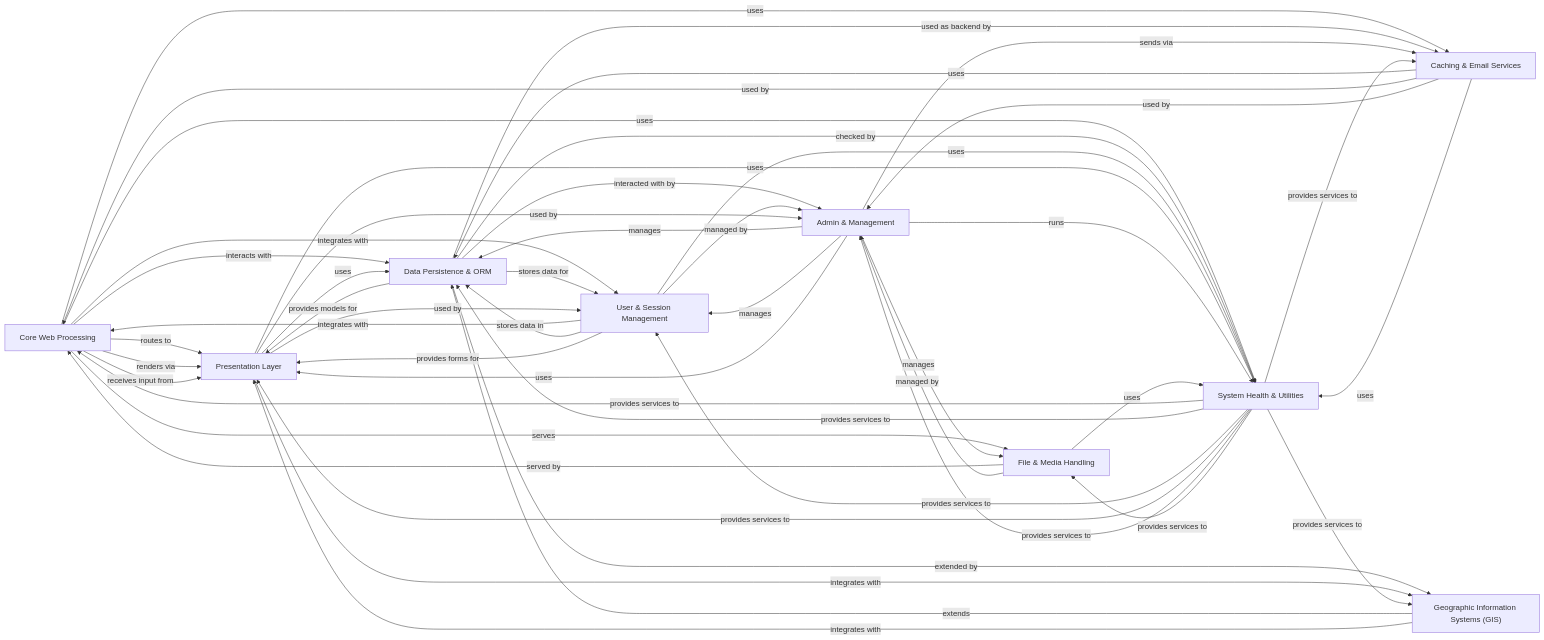
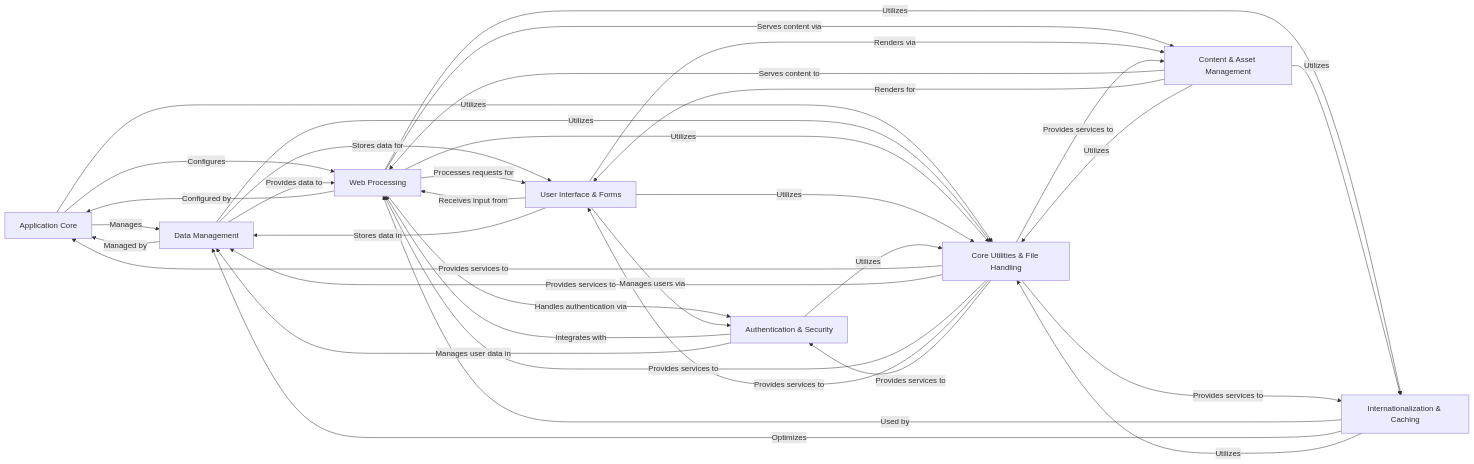
One commit to CodeBoarding/GeneratedOnBoardings changed the diagram in django/on_boarding.md. Above: the diagram before and after it, drawn with Mermaid. The commit also changed other lines of this file and 17 other files, not shown here.

````diff
--- a/django/on_boarding.md
+++ b/django/on_boarding.md
@@ -1,68 +1,54 @@
 ```mermaid
 graph LR
-    Core_Web_Processing["Core Web Processing"]
-    Data_Persistence_ORM["Data Persistence & ORM"]
-    User_Session_Management["User & Session Management"]
-    Presentation_Layer["Presentation Layer"]
-    Admin_Management["Admin & Management"]
-    File_Media_Handling["File & Media Handling"]
-    Caching_Email_Services["Caching & Email Services"]
-    System_Health_Utilities["System Health & Utilities"]
-    Geographic_Information_Systems_GIS_["Geographic Information Systems (GIS)"]
-    Core_Web_Processing -- "routes to" --> Presentation_Layer
-    Core_Web_Processing -- "interacts with" --> Data_Persistence_ORM
-    Core_Web_Processing -- "integrates with" --> User_Session_Management
-    Core_Web_Processing -- "serves" --> File_Media_Handling
-    Core_Web_Processing -- "uses" --> System_Health_Utilities
-    Core_Web_Processing -- "uses" --> Caching_Email_Services
-    Core_Web_Processing -- "renders via" --> Presentation_Layer
-    Core_Web_Processing -- "receives input from" --> Presentation_Layer
-    Data_Persistence_ORM -- "stores data for" --> User_Session_Management
-    Data_Persistence_ORM -- "used as backend by" --> Caching_Email_Services
-    Data_Persistence_ORM -- "extended by" --> Geographic_Information_Systems_GIS_
-    Data_Persistence_ORM -- "interacted with by" --> Admin_Management
-    Data_Persistence_ORM -- "provides models for" --> Presentation_Layer
-    Data_Persistence_ORM -- "checked by" --> System_Health_Utilities
-    User_Session_Management -- "integrates with" --> Core_Web_Processing
-    User_Session_Management -- "stores data in" --> Data_Persistence_ORM
-    User_Session_Management -- "provides forms for" --> Presentation_Layer
-    User_Session_Management -- "managed by" --> Admin_Management
-    User_Session_Management -- "uses" --> System_Health_Utilities
-    Presentation_Layer -- "uses" --> Data_Persistence_ORM
-    Presentation_Layer -- "used by" --> Admin_Management
-    Presentation_Layer -- "used by" --> User_Session_Management
-    Presentation_Layer -- "integrates with" --> Geographic_Information_Systems_GIS_
-    Presentation_Layer -- "uses" --> System_Health_Utilities
-    Admin_Management -- "manages" --> Data_Persistence_ORM
-    Admin_Management -- "manages" --> User_Session_Management
-    Admin_Management -- "uses" --> Presentation_Layer
-    Admin_Management -- "manages" --> File_Media_Handling
-    Admin_Management -- "sends via" --> Caching_Email_Services
-    Admin_Management -- "runs" --> System_Health_Utilities
-    File_Media_Handling -- "served by" --> Core_Web_Processing
-    File_Media_Handling -- "managed by" --> Admin_Management
-    File_Media_Handling -- "uses" --> System_Health_Utilities
-    Caching_Email_Services -- "uses" --> Data_Persistence_ORM
-    Caching_Email_Services -- "used by" --> Core_Web_Processing
-    Caching_Email_Services -- "used by" --> Admin_Management
-    Caching_Email_Services -- "uses" --> System_Health_Utilities
-    System_Health_Utilities -- "provides services to" --> Core_Web_Processing
-    System_Health_Utilities -- "provides services to" --> Data_Persistence_ORM
-    System_Health_Utilities -- "provides services to" --> User_Session_Management
-    System_Health_Utilities -- "provides services to" --> Presentation_Layer
-    System_Health_Utilities -- "provides services to" --> Admin_Management
-    System_Health_Utilities -- "provides services to" --> File_Media_Handling
-    System_Health_Utilities -- "provides services to" --> Caching_Email_Services
-    System_Health_Utilities -- "provides services to" --> Geographic_Information_Systems_GIS_
-    Geographic_Information_Systems_GIS_ -- "extends" --> Data_Persistence_ORM
-    Geographic_Information_Systems_GIS_ -- "integrates with" --> Presentation_Layer
-    click Core_Web_Processing href "https://github.com/CodeBoarding/GeneratedOnBoardings/blob/main/django/Core Web Processing.md" "Details"
-    click Data_Persistence_ORM href "https://github.com/CodeBoarding/GeneratedOnBoardings/blob/main/django/Data Persistence & ORM.md" "Details"
-    click User_Session_Management href "https://github.com/CodeBoarding/GeneratedOnBoardings/blob/main/django/User & Session Management.md" "Details"
-    click Presentation_Layer href "https://github.com/CodeBoarding/GeneratedOnBoardings/blob/main/django/Presentation Layer.md" "Details"
-    click Admin_Management href "https://github.com/CodeBoarding/GeneratedOnBoardings/blob/main/django/Admin & Management.md" "Details"
-    click File_Media_Handling href "https://github.com/CodeBoarding/GeneratedOnBoardings/blob/main/django/File & Media Handling.md" "Details"
-    click Caching_Email_Services href "https://github.com/CodeBoarding/GeneratedOnBoardings/blob/main/django/Caching & Email Services.md" "Details"
-    click System_Health_Utilities href "https://github.com/CodeBoarding/GeneratedOnBoardings/blob/main/django/System Health & Utilities.md" "Details"
-    click Geographic_Information_Systems_GIS_ href "https://github.com/CodeBoarding/GeneratedOnBoardings/blob/main/django/Geographic Information Systems (GIS).md" "Details"
+    Application_Core["Application Core"]
+    Data_Management["Data Management"]
+    Web_Processing["Web Processing"]
+    User_Interface_Forms["User Interface & Forms"]
+    Authentication_Security["Authentication & Security"]
+    Content_Asset_Management["Content & Asset Management"]
+    Internationalization_Caching["Internationalization & Caching"]
+    Core_Utilities_File_Handling["Core Utilities & File Handling"]
+    Application_Core -- "Manages" --> Data_Management
+    Application_Core -- "Configures" --> Web_Processing
+    Application_Core -- "Utilizes" --> Core_Utilities_File_Handling
+    Data_Management -- "Managed by" --> Application_Core
+    Data_Management -- "Provides data to" --> Web_Processing
+    Data_Management -- "Stores data for" --> User_Interface_Forms
+    Data_Management -- "Utilizes" --> Core_Utilities_File_Handling
+    Web_Processing -- "Configured by" --> Application_Core
+    Web_Processing -- "Processes requests for" --> User_Interface_Forms
+    Web_Processing -- "Handles authentication via" --> Authentication_Security
+    Web_Processing -- "Serves content via" --> Content_Asset_Management
+    Web_Processing -- "Utilizes" --> Internationalization_Caching
+    Web_Processing -- "Utilizes" --> Core_Utilities_File_Handling
+    User_Interface_Forms -- "Receives input from" --> Web_Processing
+    User_Interface_Forms -- "Stores data in" --> Data_Management
+    User_Interface_Forms -- "Manages users via" --> Authentication_Security
+    User_Interface_Forms -- "Renders via" --> Content_Asset_Management
+    User_Interface_Forms -- "Utilizes" --> Core_Utilities_File_Handling
+    Authentication_Security -- "Integrates with" --> Web_Processing
+    Authentication_Security -- "Manages user data in" --> Data_Management
+    Authentication_Security -- "Utilizes" --> Core_Utilities_File_Handling
+    Content_Asset_Management -- "Serves content to" --> Web_Processing
+    Content_Asset_Management -- "Renders for" --> User_Interface_Forms
+    Content_Asset_Management -- "Utilizes" --> Internationalization_Caching
+    Content_Asset_Management -- "Utilizes" --> Core_Utilities_File_Handling
+    Internationalization_Caching -- "Used by" --> Web_Processing
+    Internationalization_Caching -- "Optimizes" --> Data_Management
+    Internationalization_Caching -- "Utilizes" --> Core_Utilities_File_Handling
+    Core_Utilities_File_Handling -- "Provides services to" --> Application_Core
+    Core_Utilities_File_Handling -- "Provides services to" --> Data_Management
+    Core_Utilities_File_Handling -- "Provides services to" --> Web_Processing
+    Core_Utilities_File_Handling -- "Provides services to" --> User_Interface_Forms
+    Core_Utilities_File_Handling -- "Provides services to" --> Authentication_Security
+    Core_Utilities_File_Handling -- "Provides services to" --> Content_Asset_Management
+    Core_Utilities_File_Handling -- "Provides services to" --> Internationalization_Caching
+    click Application_Core href "https://github.com/CodeBoarding/GeneratedOnBoardings/blob/main/django/Application Core.md" "Details"
+    click Data_Management href "https://github.com/CodeBoarding/GeneratedOnBoardings/blob/main/django/Data Management.md" "Details"
+    click Web_Processing href "https://github.com/CodeBoarding/GeneratedOnBoardings/blob/main/django/Web Processing.md" "Details"
+    click User_Interface_Forms href "https://github.com/CodeBoarding/GeneratedOnBoardings/blob/main/django/User Interface & Forms.md" "Details"
+    click Authentication_Security href "https://github.com/CodeBoarding/GeneratedOnBoardings/blob/main/django/Authentication & Security.md" "Details"
+    click Content_Asset_Management href "https://github.com/CodeBoarding/GeneratedOnBoardings/blob/main/django/Content & Asset Management.md" "Details"
+    click Internationalization_Caching href "https://github.com/CodeBoarding/GeneratedOnBoardings/blob/main/django/Internationalization & Caching.md" "Details"
+    click Core_Utilities_File_Handling href "https://github.com/CodeBoarding/GeneratedOnBoardings/blob/main/django/Core Utilities & File Handling.md" "Details"
 ```
````
